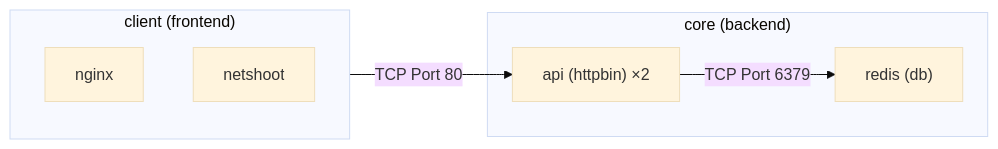
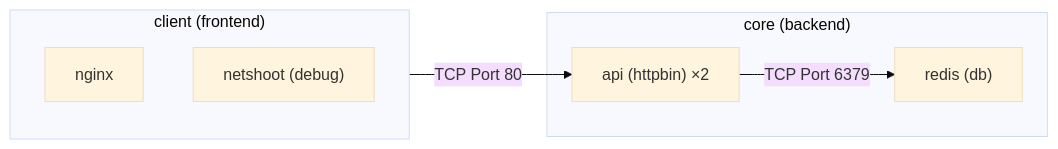
Before and after one commit to Mimo-07/multi-tier-multi-ns-k9s: the diagram in README.md, drawn with Mermaid (base theme). The commit also changed other lines of this file and 4 other files, not shown here.

````diff
--- a/README.md
+++ b/README.md
@@ -12,15 +11,15 @@
 ```mermaid
 flowchart LR
     subgraph CLIENT["client (frontend)"]
         nginx["nginx"]
-        netshoot["netshoot"]
+        netshoot["netshoot (debug)"]
     end
 
     subgraph CORE["core (backend)"]
         api["api (httpbin) ×2"]
         redis["redis (db)"]
     end
 
     CLIENT -->|TCP Port 80| api
     api -->|TCP Port 6379| redis
 ```
````
